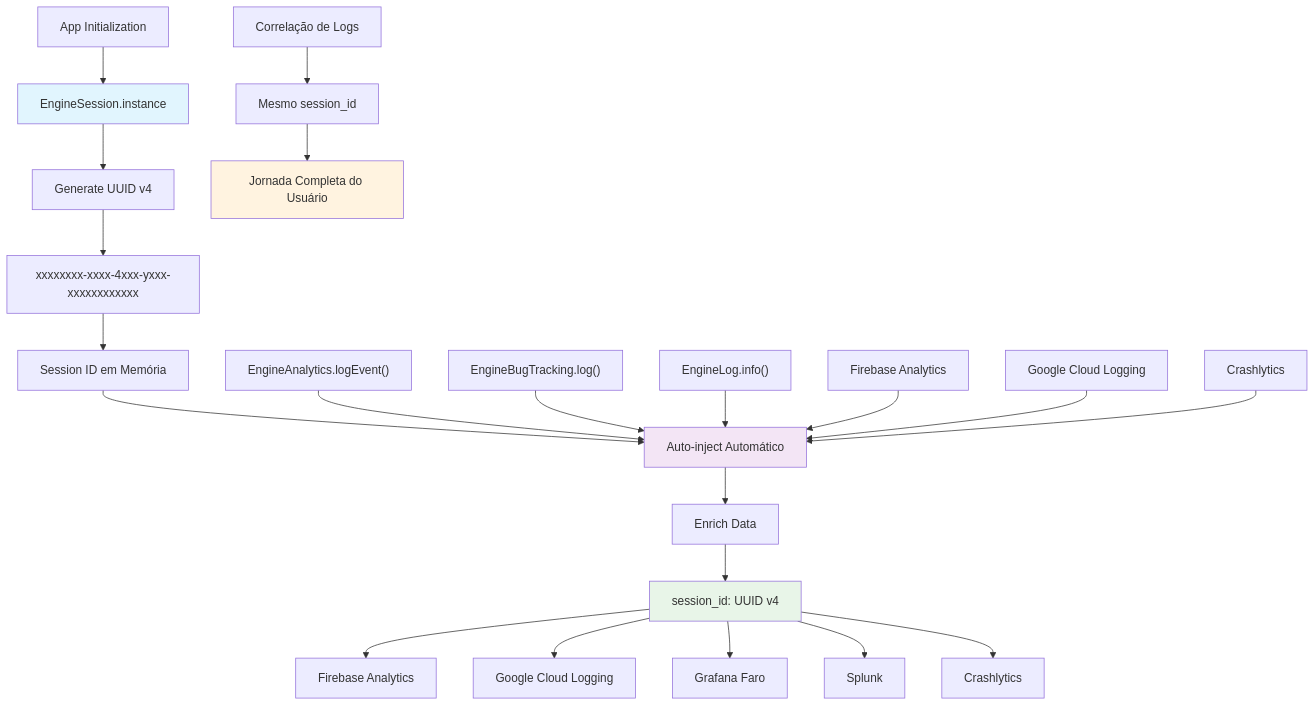
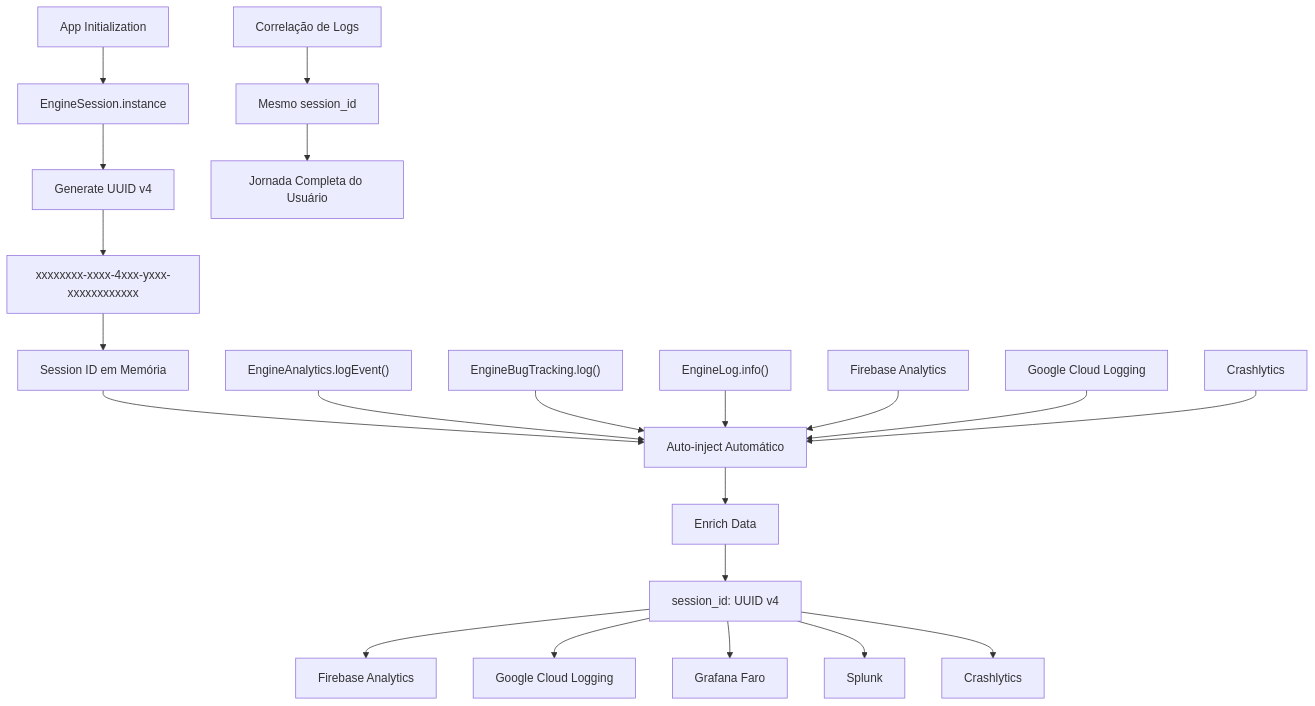
Before and after one commit to moreirawebmaster/engine-tracking: the first of 5 diagrams in README.md, drawn with Mermaid. The commit also changed other lines of this file, not shown here.

Commit message:
docs: Remove estilos de cor desnecessários dos diagramas no README
- Elimina estilos de cor de elementos nos diagramas de correlação de logs e jornada do usuário para simplificar a apresentação.
- Melhora a clareza visual dos diagramas, mantendo o foco nas informações essenciais.

````diff
--- a/README.md
+++ b/README.md
@@ -45,33 +45,28 @@
 ```mermaid
 graph TD
     A["App Initialization"] --> B["EngineSession.instance"]
     B --> C["Generate UUID v4"]
     C --> D["xxxxxxxx-xxxx-4xxx-yxxx-xxxxxxxxxxxx"]
     
     D --> E["Session ID em Memória"]
     E --> F["Auto-inject Automático"]
     
     G["EngineAnalytics.logEvent()"] --> F
     H["EngineBugTracking.log()"] --> F
     I["EngineLog.info()"] --> F
     J["Firebase Analytics"] --> F
     K["Google Cloud Logging"] --> F
     L["Crashlytics"] --> F
     
     F --> M["Enrich Data"]
     M --> N["session_id: UUID v4"]
     
     N --> O["Firebase Analytics"]
     N --> P["Google Cloud Logging"] 
     N --> Q["Grafana Faro"]
     N --> R["Splunk"]
     N --> S["Crashlytics"]
     
     T["Correlação de Logs"] --> U["Mesmo session_id"]
     U --> V["Jornada Completa do Usuário"]
-    
-    style B fill:#e1f5fe
-    style F fill:#f3e5f5
-    style N fill:#e8f5e8
-    style V fill:#fff3e0
 ```
````
